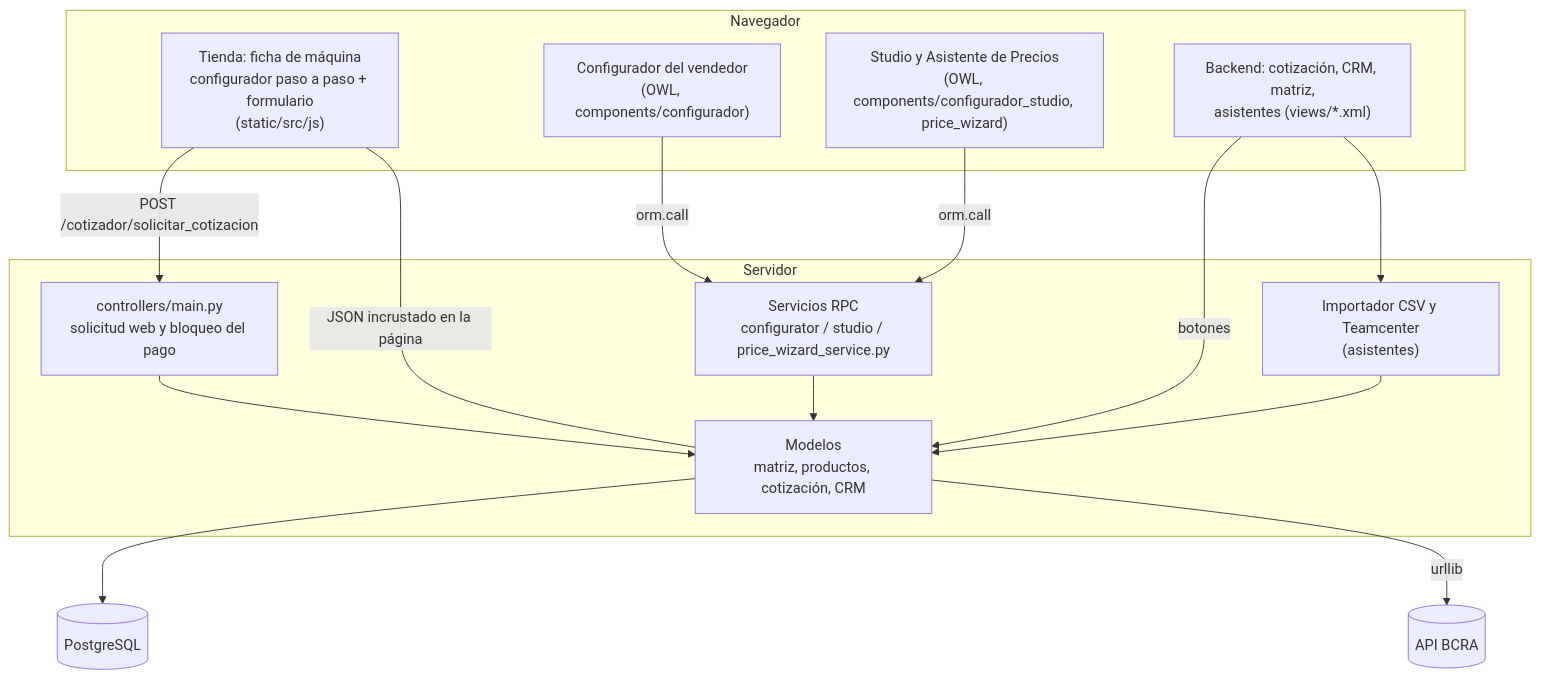
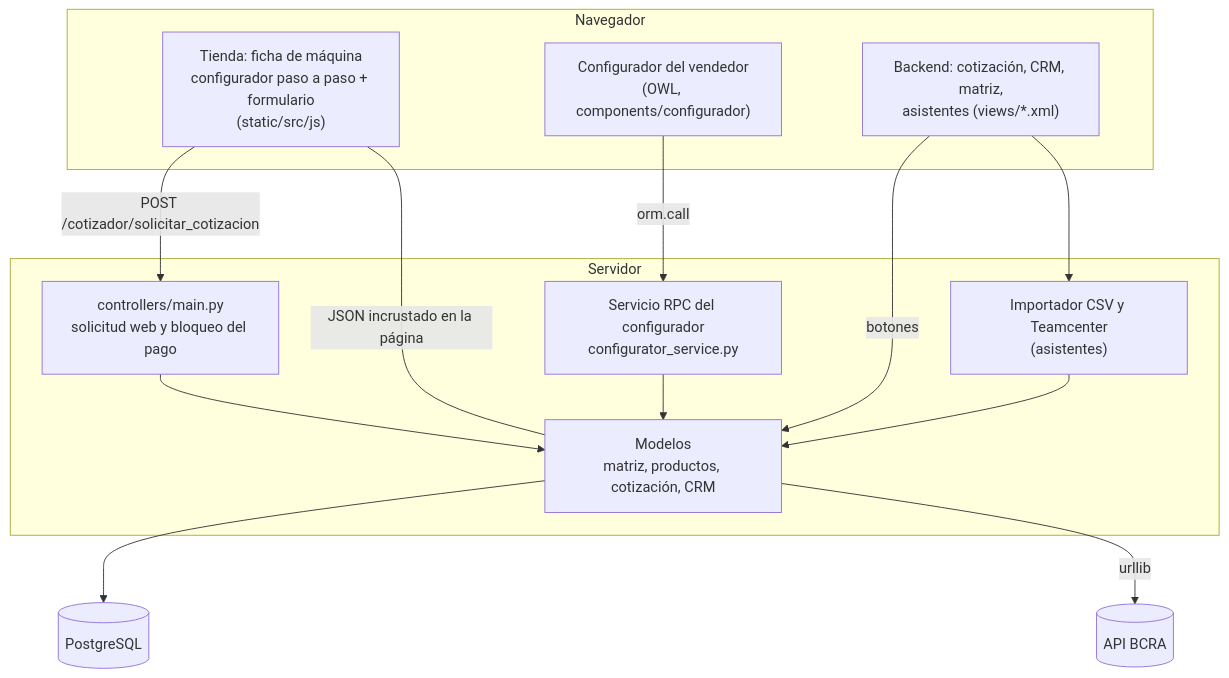
One commit to ffunes-cru/cotizador changed the first of 4 diagrams in docs/arquitectura.md. Above: the diagram before and after it, drawn with Mermaid. The commit also changed other lines of this file and 28 other files, not shown here.

First line of the commit message:
refactor: remove the Studio and price wizard proofs of concept

````diff
--- a/docs/arquitectura.md
+++ b/docs/arquitectura.md
@@ -5,29 +5,27 @@
 ```mermaid
 flowchart TB
     subgraph Navegador
         T["Tienda: ficha de máquina<br/>configurador paso a paso + formulario<br/>(static/src/js)"]
         C["Configurador del vendedor<br/>(OWL, components/configurador)"]
-        S["Studio y Asistente de Precios<br/>(OWL, components/configurador_studio, price_wizard)"]
         B["Backend: cotización, CRM, matriz,<br/>asistentes (views/*.xml)"]
     end
     subgraph Servidor
         CT["controllers/main.py<br/>solicitud web y bloqueo del pago"]
-        SV["Servicios RPC<br/>configurator / studio / price_wizard_service.py"]
+        SV["Servicio RPC del configurador<br/>configurator_service.py"]
         M["Modelos<br/>matriz, productos, cotización, CRM"]
         I["Importador CSV y Teamcenter<br/>(asistentes)"]
     end
     D[(PostgreSQL)]
     API[(API BCRA)]
 
     T -- "POST /cotizador/solicitar_cotizacion" --> CT
     T -- "JSON incrustado en la página" --- M
     C -- orm.call --> SV
-    S -- orm.call --> SV
     B -- botones --> M
     B --> I
     CT --> M
     SV --> M
     I --> M
     M --> D
     M -- urllib --> API
 ```
````
